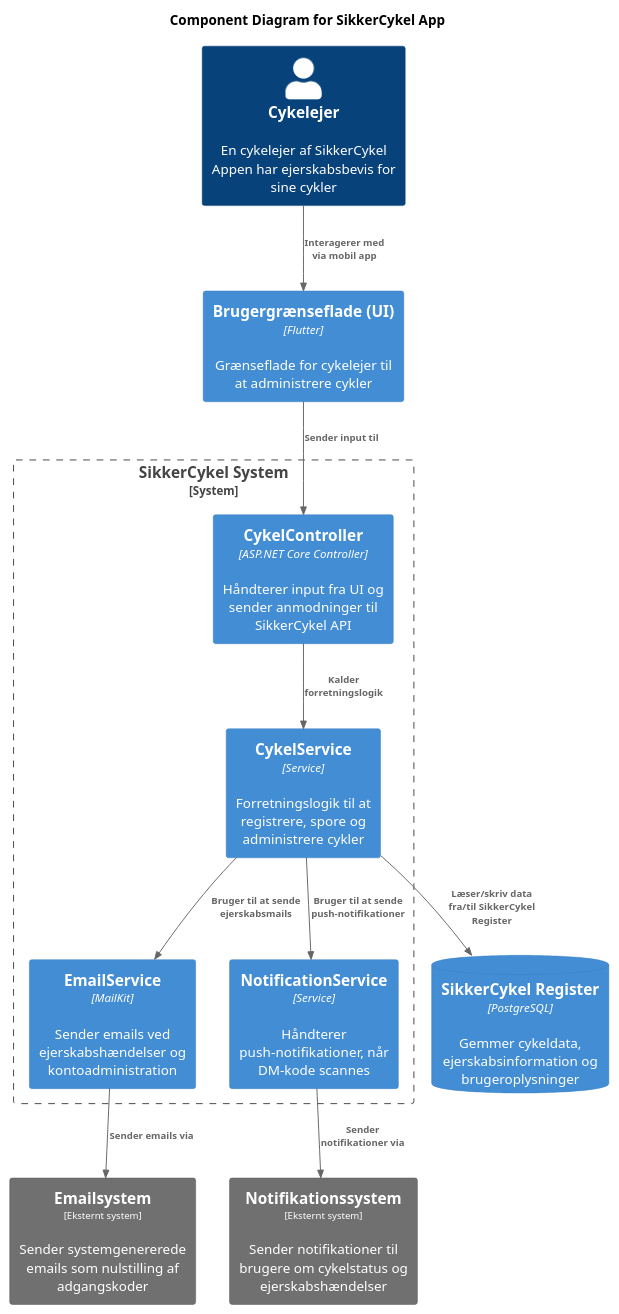
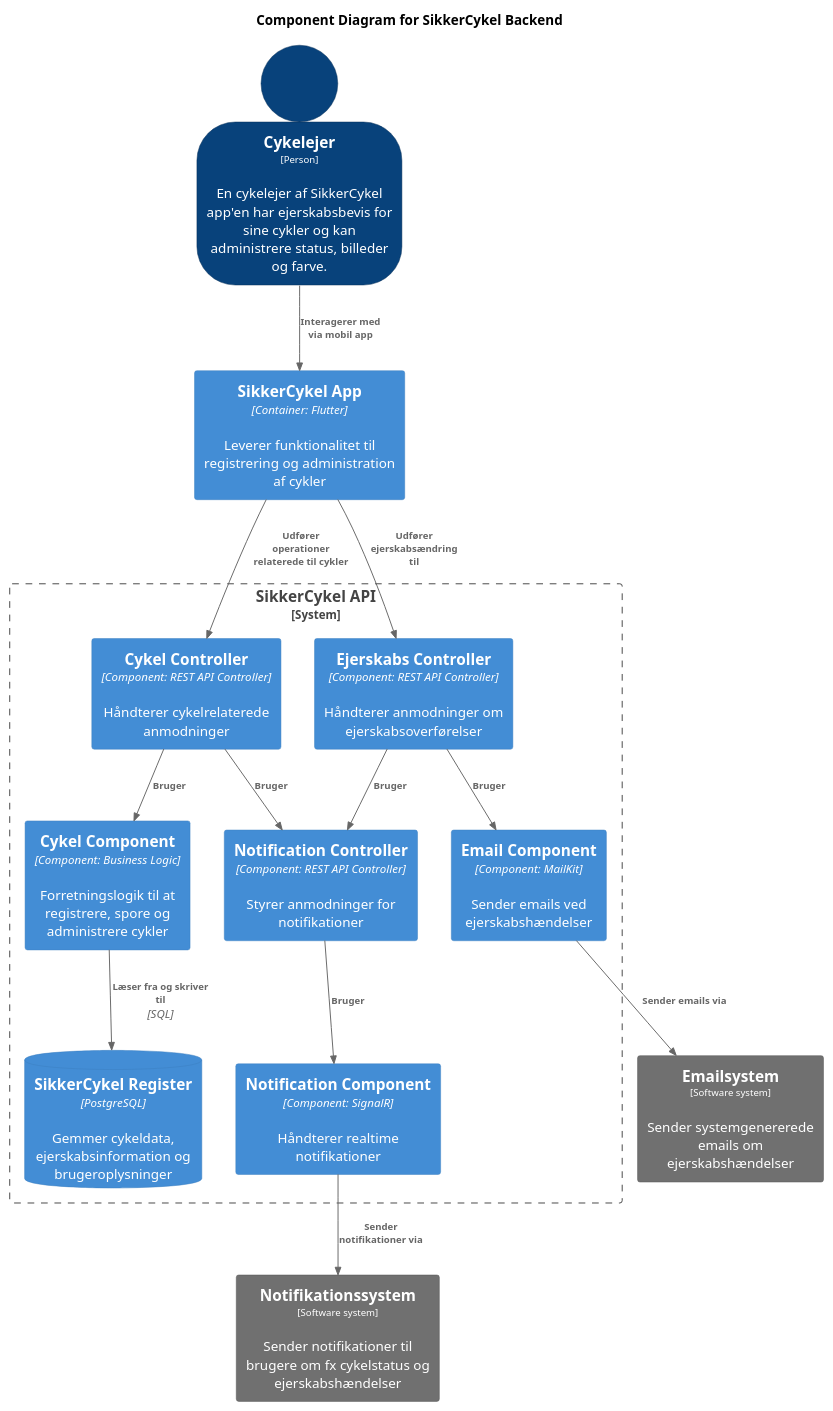
The diagram in out/PlantUML/c4niveau-niveau3-backend.puml (Sejehugo/SikkerCykel), drawn with PlantUML before and after one commit. The commit also changed 2 other files, not shown here.

```diff
--- a/out/PlantUML/c4niveau-niveau3-backend.puml
+++ b/out/PlantUML/c4niveau-niveau3-backend.puml
@@ -1,84 +1,74 @@
 @startuml c4niveau-niveau3-backend
 !include https://raw.githubusercontent.com/plantuml-stdlib/C4-PlantUML/master/C4_Component.puml
 
-title Component Diagram for SikkerCykel App
+title Component Diagram for SikkerCykel Backend
 
 top to bottom direction
 
 skinparam {
   arrowFontSize 10
   defaultTextAlignment center
   wrapWidth 200
   maxMessageSize 100
 }
 
 hide stereotype
 
-skinparam person<<SystemAdminstrator>> {
-  BackgroundColor #lightgrey
-  FontColor #black
-  BorderColor #052e56
-  shadowing false
-}
-skinparam person<<AnonymousUser>> {
+skinparam person<<User>> {
   BackgroundColor #08427b
   FontColor #ffffff
   BorderColor #052e56
-  shadowing false
-}
-skinparam rectangle<<ExternalSystem>> {
-  BackgroundColor #1168bd
-  FontColor #ffffff
-  BorderColor #0b4884
   shadowing false
 }
 skinparam rectangle<<SikkerCykelSystem>> {
   BackgroundColor #1168bd
   FontColor #ffffff
   BorderColor #0b4884
   shadowing false
 }
-skinparam person<<User>> {
-  BackgroundColor #08427b
-  FontColor #ffffff
-  BorderColor #052e56
-  shadowing false
-}
-
 skinparam rectangle<<GrayBox>> {
   BackgroundColor #707070
   FontColor #ffffff
   BorderColor #505050
   shadowing false
 }
 
-Person(user, "Cykelejer", "En cykelejer af SikkerCykel Appen har ejerskabsbevis for sine cykler")
+person "==Cykelejer\n<size:10>[Person]</size>\n\nEn cykelejer af SikkerCykel app'en har ejerskabsbevis for sine cykler og kan administrere status, billeder og farve." <<User>> as Cykelejer
+Container(app, "SikkerCykel App", "Container: Flutter", "Leverer funktionalitet til registrering og administration af cykler")
 
-Container(ui, "Brugergrænseflade (UI)", "Flutter", "Grænseflade for cykelejer til at administrere cykler")
+System_Boundary(c1, "SikkerCykel API") {
+    Container(component_cykel, "Cykel Component", "Component: Business Logic", "Forretningslogik til at registrere, spore og administrere cykler")
+    ContainerDb(register, "SikkerCykel Register", "PostgreSQL", "Gemmer cykeldata, ejerskabsinformation og brugeroplysninger")
 
-System_Boundary(c1, "SikkerCykel System") {
-    Container(controller, "CykelController", "ASP.NET Core Controller", "Håndterer input fra UI og sender anmodninger til SikkerCykel API")
-    Container(service, "CykelService", "Service", "Forretningslogik til at registrere, spore og administrere cykler")
-    Container(email, "EmailService", "MailKit", "Sender emails ved ejerskabshændelser og kontoadministration")
-    Container(notification, "NotificationService", "Service", "Håndterer push-notifikationer, når DM-kode scannes")
+    Container(controller_cykel, "Bruger Controller", "Component: REST API Controller", "Håndterer cykelrelaterede anmodninger")
+    Container(controller_cykel, "Cykel Controller", "Component: REST API Controller", "Håndterer cykelrelaterede anmodninger")
+    Container(controller_email, "Ejerskabs Controller", "Component: REST API Controller", "Håndterer anmodninger om ejerskabsoverførelser")
+    Container(component_email, "Email Component", "Component: MailKit", "Sender emails ved ejerskabshændelser")
+    Container(controller_notification, "Notification Controller", "Component: REST API Controller", "Styrer anmodninger for notifikationer")
+    Container(component_notification, "Notification Component", "Component: SignalR", "Håndterer realtime notifikationer")
+
+
 }
 
-ContainerDb(register, "SikkerCykel Register", "PostgreSQL", "Gemmer cykeldata, ejerskabsinformation og brugeroplysninger")
-
 ' ' Eksterne systemer
-rectangle "==Emailsystem\n<size:10>[Eksternt system]</size>\n\nSender systemgenererede emails som nulstilling af adgangskoder" <<GrayBox>> as email_ext
-rectangle "==Notifikationssystem\n<size:10>[Eksternt system]</size>\n\nSender notifikationer til brugere om cykelstatus og ejerskabshændelser" <<GrayBox>> as notification_ext
+rectangle "==Emailsystem\n<size:10>[Software system]</size>\n\nSender systemgenererede emails om ejerskabshændelser" <<GrayBox>> as email_ext
+rectangle "==Notifikationssystem\n<size:10>[Software system]</size>\n\nSender notifikationer til brugere om fx cykelstatus og ejerskabshændelser" <<GrayBox>> as notification_ext
 
 ' ' Relationer mellem komponenter i appen
-Rel(user, ui, "Interagerer med via mobil app")
-Rel(ui, controller, "Sender input til")
-Rel(controller, service, "Kalder forretningslogik")
-Rel(service, register, "Læser/skriv data fra/til SikkerCykel Register")
-Rel(service, email, "Bruger til at sende ejerskabsmails")
-Rel(service, notification, "Bruger til at sende push-notifikationer")
+Rel(Cykelejer, app, "Interagerer med via mobil app")
 
-' ' Eksterne relationer
-Rel(email, email_ext, "Sender emails via")
-Rel(notification, notification_ext, "Sender notifikationer via")
+Rel(controller_cykel, component_cykel, "Bruger")
+Rel(component_cykel, register, "Læser fra og skriver til", "SQL")
+Rel(app, controller_cykel, "Udfører operationer relaterede til cykler")
+
+Rel(app, controller_email, "Udfører ejerskabsændring til")
+Rel(controller_email, component_email, "Bruger")
+Rel(component_email, email_ext, "Sender emails via")
+
+Rel(controller_email, controller_notification, "Bruger")
+Rel(controller_cykel, controller_notification, "Bruger")
+
+Rel(controller_notification, component_notification, "Bruger")
+Rel(component_notification, notification_ext, "Sender notifikationer via")
 
 @enduml
```
